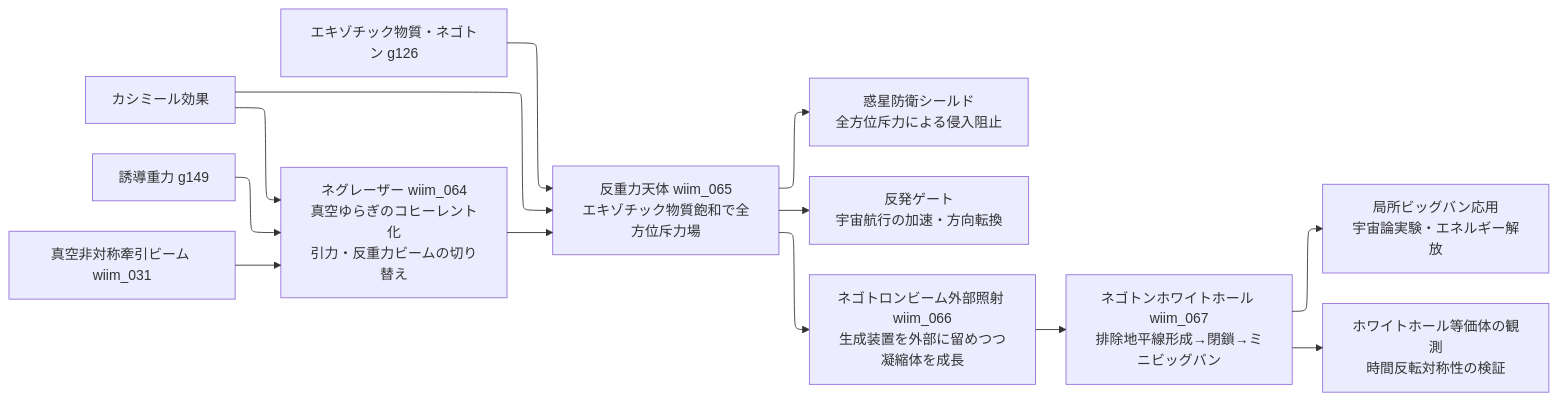
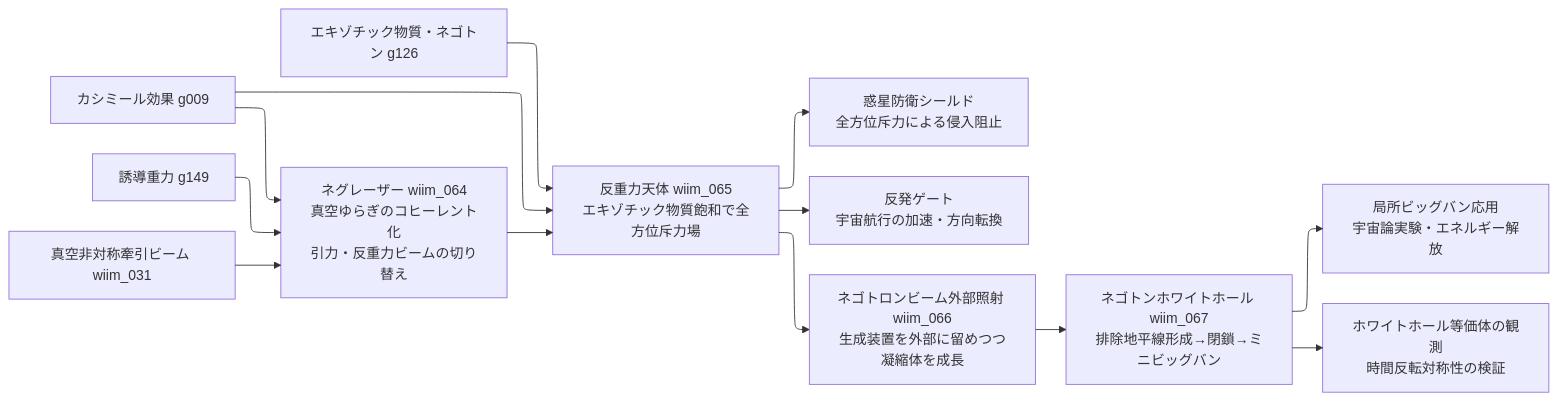
One commit to theronium/WhatIfImpossible changed the tenth of 11 diagrams in docs/notes/tech_tree.md. Above: the diagram before and after it, drawn with Mermaid. The commit also changed other lines of this file and 18 other files, not shown here.

````diff
--- a/docs/notes/tech_tree.md
+++ b/docs/notes/tech_tree.md
@@ -519,24 +519,24 @@
 ```mermaid
 %%{init: {"layout": "elk"}}%%
 flowchart LR
-    AG0A[カシミール効果]
+    AG0A[カシミール効果 g009]
     AG0B[誘導重力 g149]
     AG0C[エキゾチック物質・ネゴトン g126]
     AG0D[真空非対称牽引ビーム wiim_031]
 
     AG0A --> AG1[ネグレーザー wiim_064\n真空ゆらぎのコヒーレント化\n引力・反重力ビームの切り替え]
     AG0B --> AG1
     AG0D --> AG1
 
     AG0A --> AG2[反重力天体 wiim_065\nエキゾチック物質飽和で全方位斥力場]
     AG0C --> AG2
     AG1 --> AG2
 
     AG2 --> AG3[惑星防衛シールド\n全方位斥力による侵入阻止]
     AG2 --> AG4[反発ゲート\n宇宙航行の加速・方向転換]
 
     AG2 --> AG5[ネゴトロンビーム外部照射 wiim_066\n生成装置を外部に留めつつ凝縮体を成長]
     AG5 --> AG6[ネゴトンホワイトホール wiim_067\n排除地平線形成→閉鎖→ミニビッグバン]
     AG6 --> AG7[局所ビッグバン応用\n宇宙論実験・エネルギー解放]
     AG6 --> AG8[ホワイトホール等価体の観測\n時間反転対称性の検証]
 ```
````
